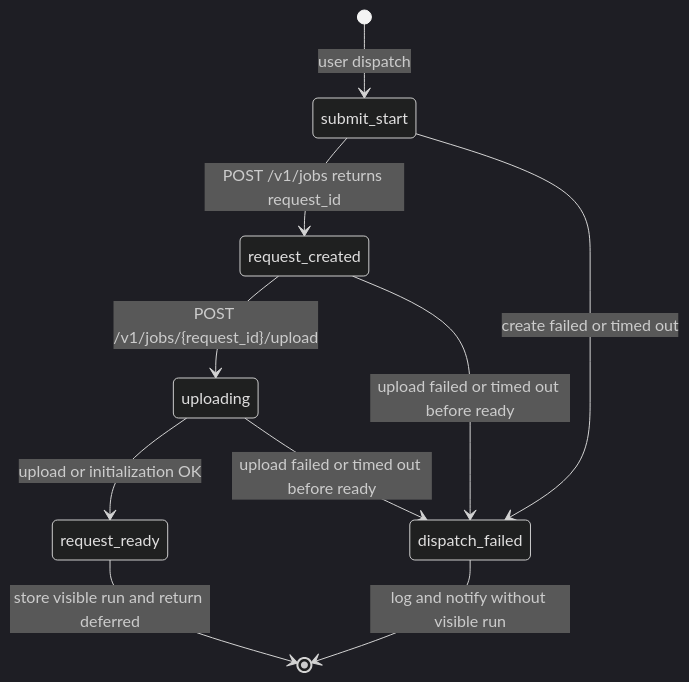
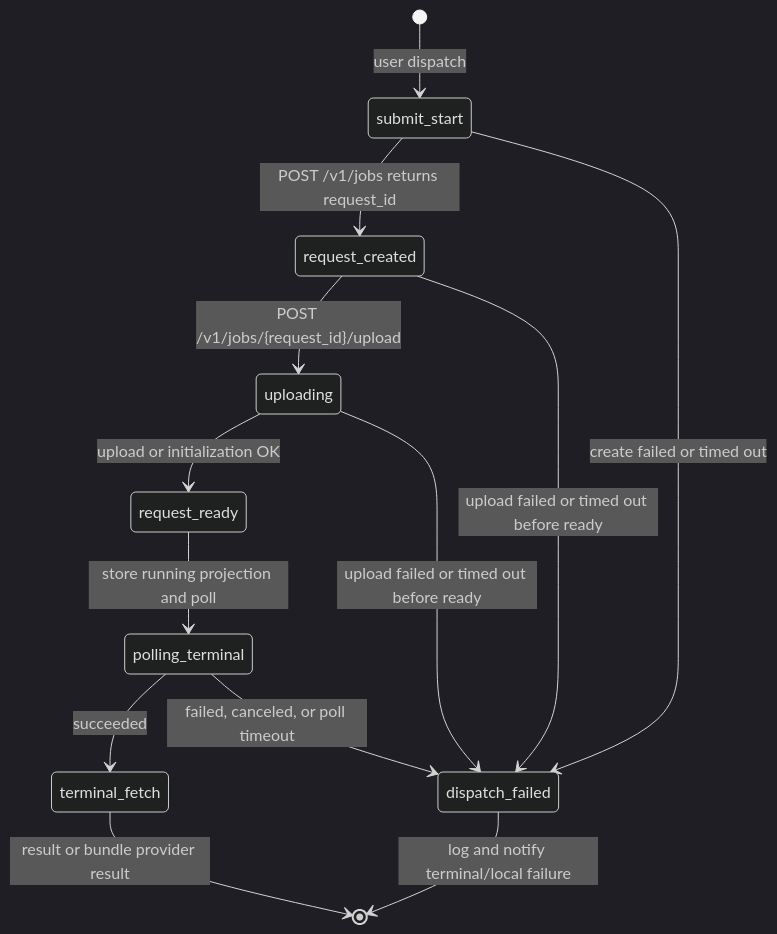
Before and after one commit to leike0813/zotero-agents: the first of 5 diagrams in doc/components/skillrunner-provider-state-machine-ssot.md, drawn with Mermaid (dark theme). The commit also changed other lines of this file and 192 other files, not shown here.

````diff
--- a/doc/components/skillrunner-provider-state-machine-ssot.md
+++ b/doc/components/skillrunner-provider-state-machine-ssot.md
@@ -54,14 +57,17 @@
 ```mermaid
 stateDiagram-v2
   [*] --> submit_start: user dispatch
   submit_start --> request_created: POST /v1/jobs returns request_id
   request_created --> uploading: POST /v1/jobs/{request_id}/upload
   uploading --> request_ready: upload or initialization OK
 
   submit_start --> dispatch_failed: create failed or timed out
   request_created --> dispatch_failed: upload failed or timed out before ready
   uploading --> dispatch_failed: upload failed or timed out before ready
 
-  request_ready --> [*]: store visible run and return deferred
-  dispatch_failed --> [*]: log and notify without visible run
+  request_ready --> polling_terminal: store running projection and poll
+  polling_terminal --> terminal_fetch: succeeded
+  polling_terminal --> dispatch_failed: failed, canceled, or poll timeout
+  terminal_fetch --> [*]: result or bundle provider result
+  dispatch_failed --> [*]: log and notify terminal/local failure
 ```
````
